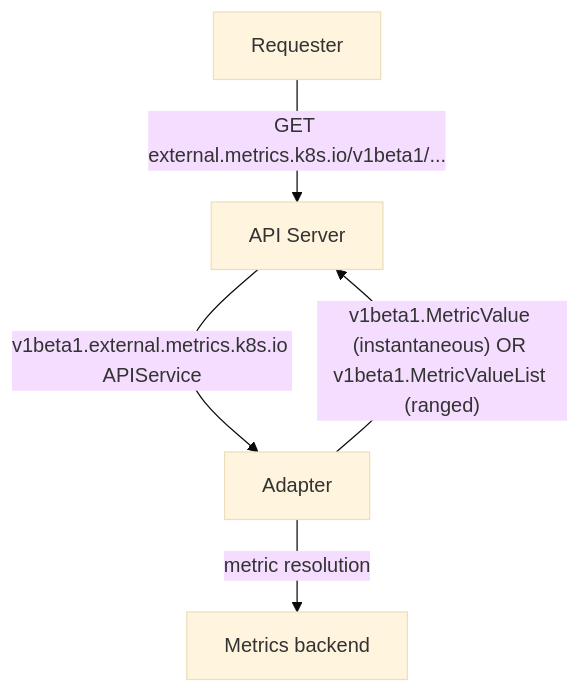
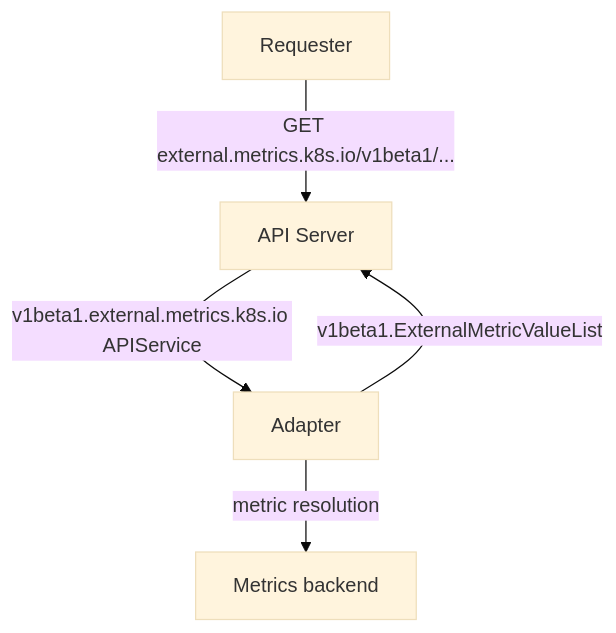
Before and after one commit to thc1006/enhancements: the diagram in keps/sig-instrumentation/5271-graduate-external-metrics-k8s-io-to-stable/README.md, drawn with Mermaid (base theme). The commit also changed other lines of this file and 1 other file, not shown here.

````diff
--- a/keps/sig-instrumentation/5271-graduate-external-metrics-k8s-io-to-stable/README.md
+++ b/keps/sig-instrumentation/5271-graduate-external-metrics-k8s-io-to-stable/README.md
@@ -303,7 +305,7 @@
 ```mermaid
 graph TD
 A[Requester] -- GET external.metrics.k8s.io/v1beta1/... --> B[API Server]
 B -- v1beta1.external.metrics.k8s.io APIService --> C[Adapter]
-C -- v1beta1.MetricValue (instantaneous) OR v1beta1.MetricValueList (ranged) --> B
+C -- v1beta1.ExternalMetricValueList --> B
 C -- metric resolution --> D[Metrics backend]
 ```
````
